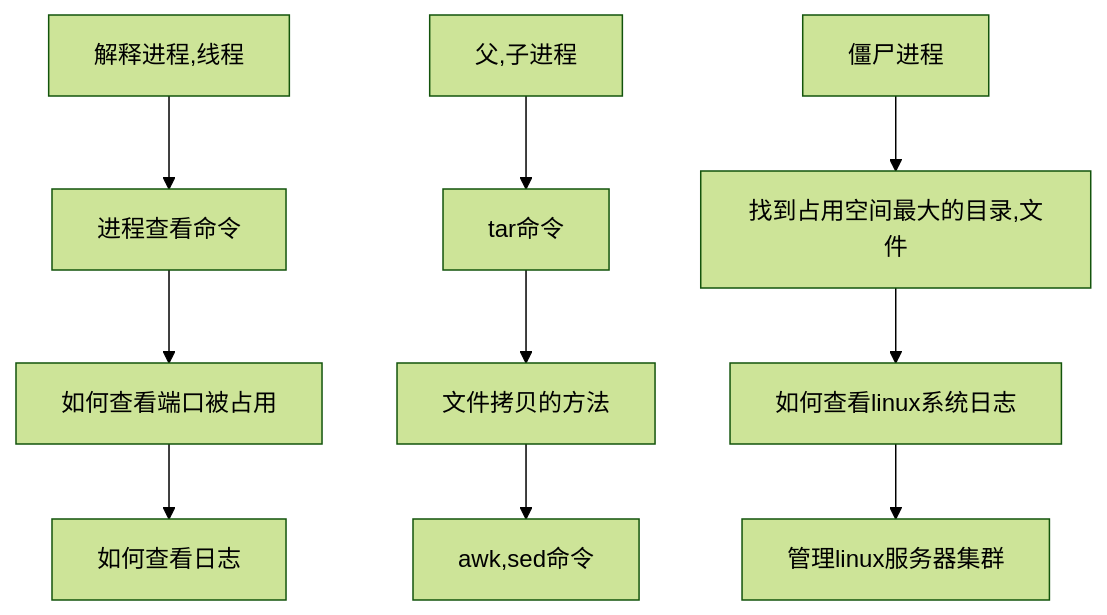
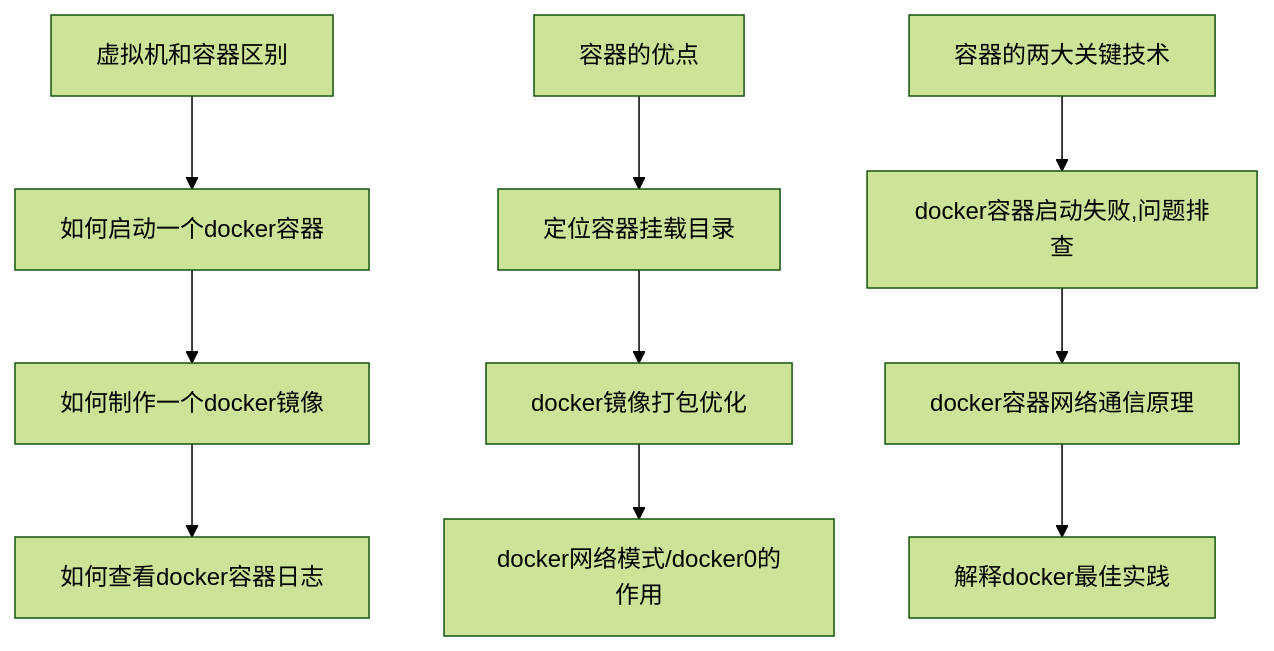
Before and after one commit to Roxas/article: diagram 12 of 15 in interview_flow.md, drawn with Mermaid (forest theme). The commit also changed other lines of this file, not shown here.

First line of the commit message:
update flow

````diff
--- a/interview_flow.md
+++ b/interview_flow.md
@@ -104,6 +135,6 @@
 ```mermaid
 graph TB
-    a[解释进程,线程] --> d[进程查看命令] --> g[如何查看端口被占用] --> j[如何查看日志]
-    b[父,子进程] --> e[tar命令] --> h[文件拷贝的方法] --> k[awk,sed命令]
-    c[僵尸进程] --> f[找到占用空间最大的目录,文件] --> i[如何查看linux系统日志] --> l[管理linux服务器集群]
+    a[虚拟机和容器区别] --> d[如何启动一个docker容器] --> g[如何制作一个docker镜像] --> j[如何查看docker容器日志]
+    b[容器的优点] --> e[定位容器挂载目录] --> h[docker镜像打包优化] --> k[docker网络模式/docker0的作用]
+    c[容器的两大关键技术] --> f[docker容器启动失败,问题排查] --> i[docker容器网络通信原理] --> l[解释docker最佳实践]
 ```
````
